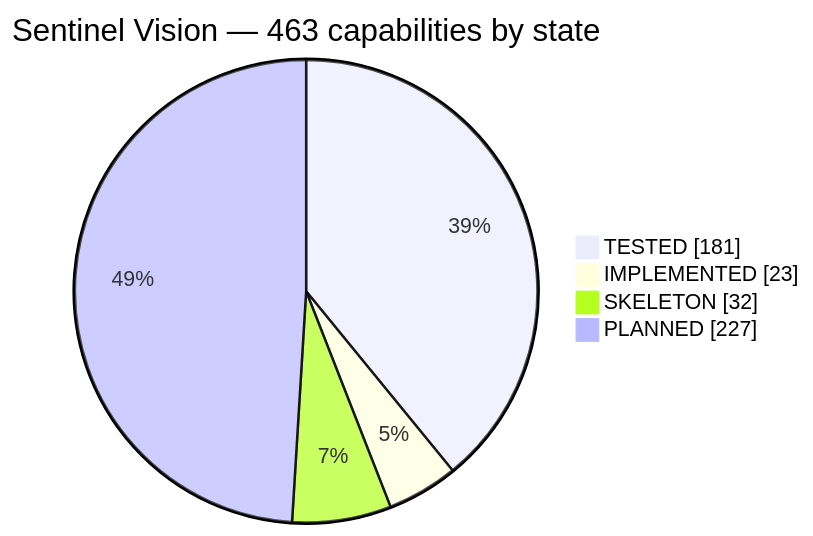
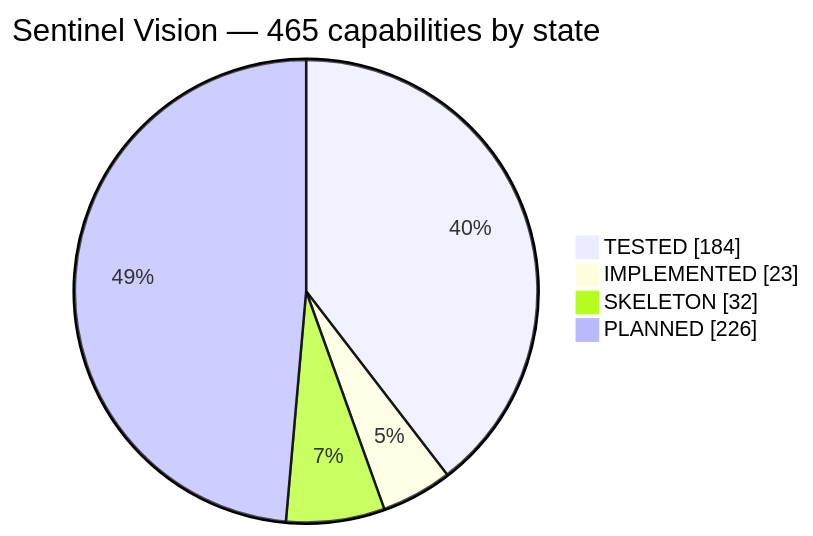
Before and after one commit to haidar-farhat/V.I.G.I.L._Vision_Intelligence_and_Geospatial_ncident_Layer: the first of 3 diagrams in FEATURES.md, drawn with Mermaid. The commit also changed other lines of this file and 16 other files, not shown here.

````diff
--- a/FEATURES.md
+++ b/FEATURES.md
@@ -46,8 +46,8 @@
 ```mermaid
 pie showData
-    title Sentinel Vision — 463 capabilities by state
-    "TESTED" : 181
+    title Sentinel Vision — 465 capabilities by state
+    "TESTED" : 184
     "IMPLEMENTED" : 23
     "SKELETON" : 32
-    "PLANNED" : 227
+    "PLANNED" : 226
 ```
````
